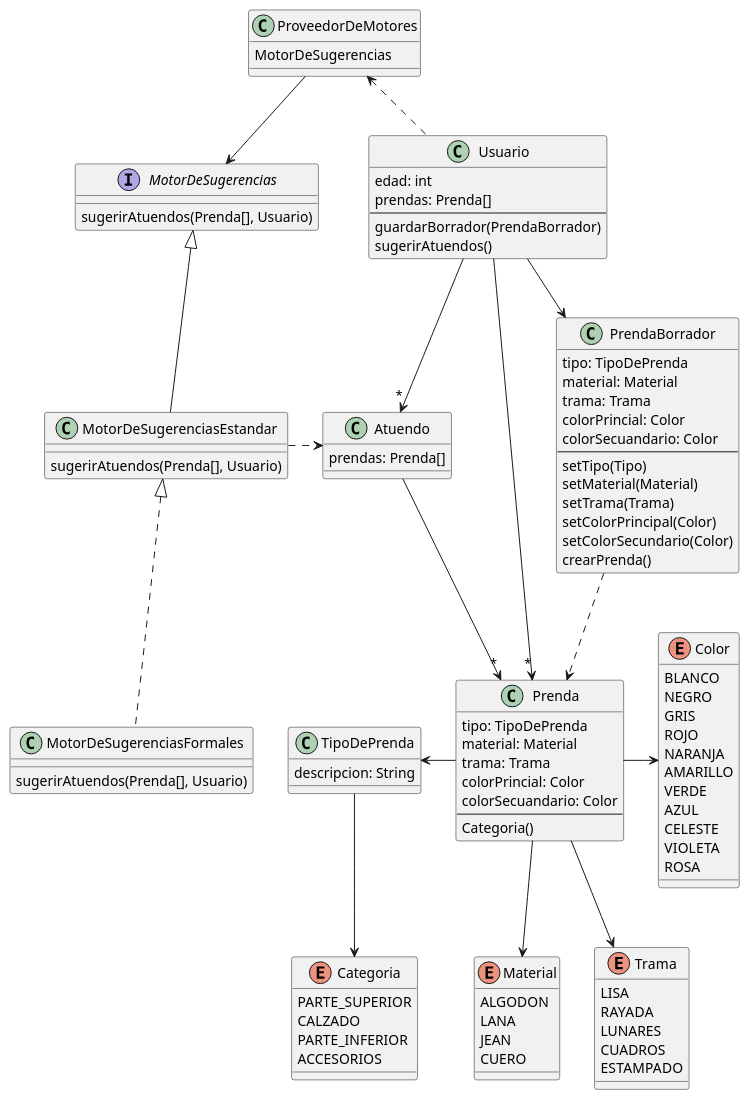
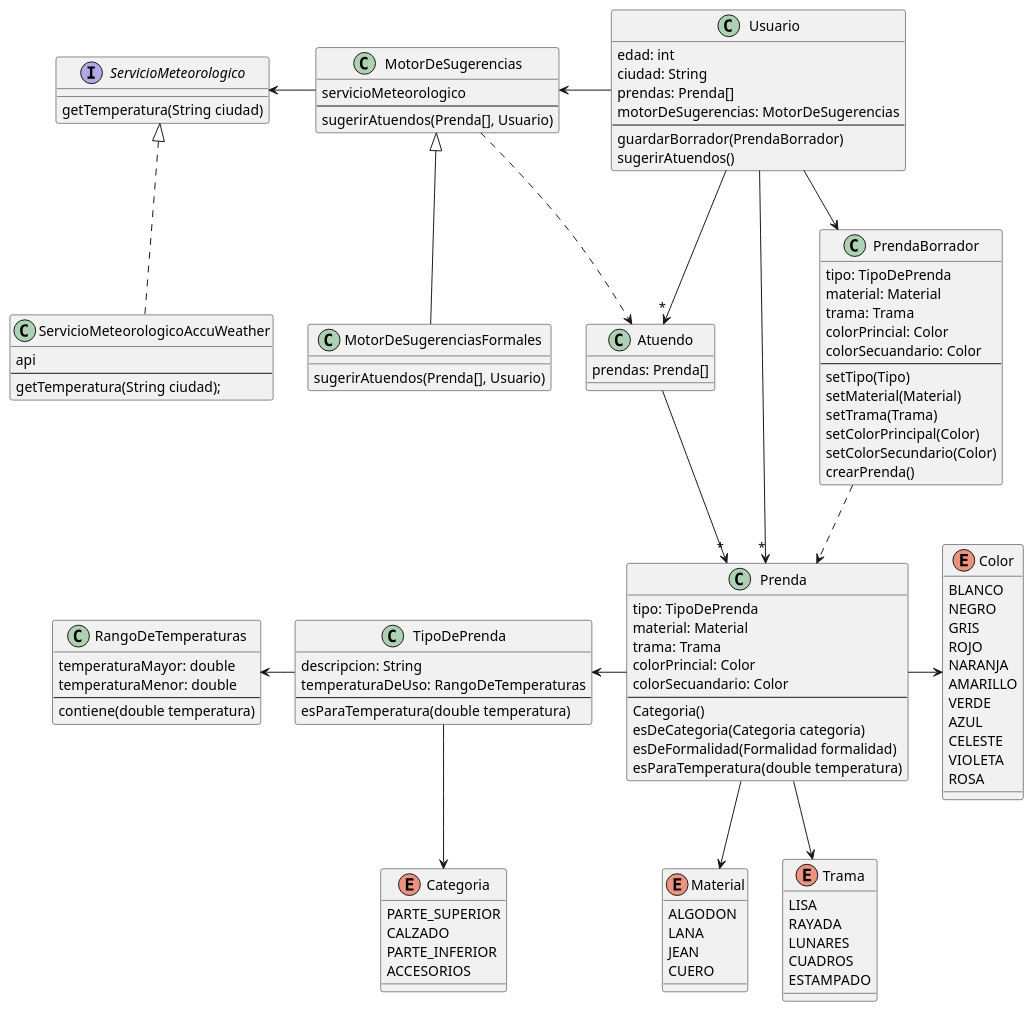
One commit to lrizzitano/tp-que-me-pongo changed the diagram in src/Diagrama-Entidades.puml. Above: the diagram before and after it, drawn with PlantUML.

Commit message:
actualizo diagrama de entidades

```diff
--- a/src/Diagrama-Entidades.puml
+++ b/src/Diagrama-Entidades.puml
@@ -1,120 +1,140 @@
 @startuml
 
 class Usuario {
     edad: int
+    ciudad: String
     prendas: Prenda[]
+    motorDeSugerencias: MotorDeSugerencias
     --
     guardarBorrador(PrendaBorrador)
     sugerirAtuendos()
 }
 
 class Atuendo {
     prendas: Prenda[]
 }
 
 class Prenda {
     tipo: TipoDePrenda
     material: Material
     trama: Trama
     colorPrincial: Color
     colorSecuandario: Color
     --
     Categoria()
+    esDeCategoria(Categoria categoria)
+    esDeFormalidad(Formalidad formalidad)
+    esParaTemperatura(double temperatura)
 }
 
 class PrendaBorrador {
     tipo: TipoDePrenda
     material: Material
     trama: Trama
     colorPrincial: Color
     colorSecuandario: Color
     --
     setTipo(Tipo)
     setMaterial(Material)
     setTrama(Trama)
     setColorPrincipal(Color)
     setColorSecundario(Color)
     crearPrenda()
 }
 
 class TipoDePrenda {
     descripcion: String
+    temperaturaDeUso: RangoDeTemperaturas
+    --
+    esParaTemperatura(double temperatura)
 }
 
-class ProveedorDeMotores {
-    MotorDeSugerencias
-}
-
-interface MotorDeSugerencias {
-    sugerirAtuendos(Prenda[], Usuario)
-}
-
-class MotorDeSugerenciasEstandar {
+class MotorDeSugerencias {
+    servicioMeteorologico
+    --
     sugerirAtuendos(Prenda[], Usuario)
 }
 
 class MotorDeSugerenciasFormales {
     sugerirAtuendos(Prenda[], Usuario)
+}
+
+class RangoDeTemperaturas {
+    temperaturaMayor: double
+    temperaturaMenor: double
+    --
+    contiene(double temperatura)
+}
+
+interface ServicioMeteorologico {
+    getTemperatura(String ciudad)
+}
+
+class ServicioMeteorologicoAccuWeather {
+    api
+    --
+    getTemperatura(String ciudad);
 }
 
 enum Trama {
     LISA
     RAYADA
     LUNARES
     CUADROS
     ESTAMPADO
 }
 
 enum Color {
     BLANCO
     NEGRO
     GRIS
     ROJO
     NARANJA
     AMARILLO
     VERDE
     AZUL
     CELESTE
     VIOLETA
     ROSA
 }
 
 enum Categoria {
     PARTE_SUPERIOR
     CALZADO
     PARTE_INFERIOR
     ACCESORIOS
 }
 
 enum Material {
     ALGODON
     LANA
     JEAN
     CUERO
 }
 
 Atuendo -->"*" Prenda
 Atuendo -[hidden]r- PrendaBorrador
 
 Usuario -->"*" Prenda
 Usuario --> PrendaBorrador
 Usuario -->"*" Atuendo
-Usuario .l.> ProveedorDeMotores
+Usuario -l-> MotorDeSugerencias
 
 PrendaBorrador ..> Prenda
 
 Prenda -l-> TipoDePrenda
 Prenda --> Trama
 Prenda -> Color
 Prenda --> Material
 
 TipoDePrenda --> Categoria
+TipoDePrenda -l-> RangoDeTemperaturas
 
-ProveedorDeMotores --> MotorDeSugerencias
+MotorDeSugerencias .r.> Atuendo
+MotorDeSugerencias -l-> ServicioMeteorologico
 
-MotorDeSugerenciasEstandar -u-|> MotorDeSugerencias
-MotorDeSugerenciasEstandar .r.> Atuendo
+MotorDeSugerenciasFormales -u-|> MotorDeSugerencias
 
-MotorDeSugerenciasFormales .u.|> MotorDeSugerenciasEstandar
+ServicioMeteorologicoAccuWeather .u.|> ServicioMeteorologico
 
 @enduml
```
